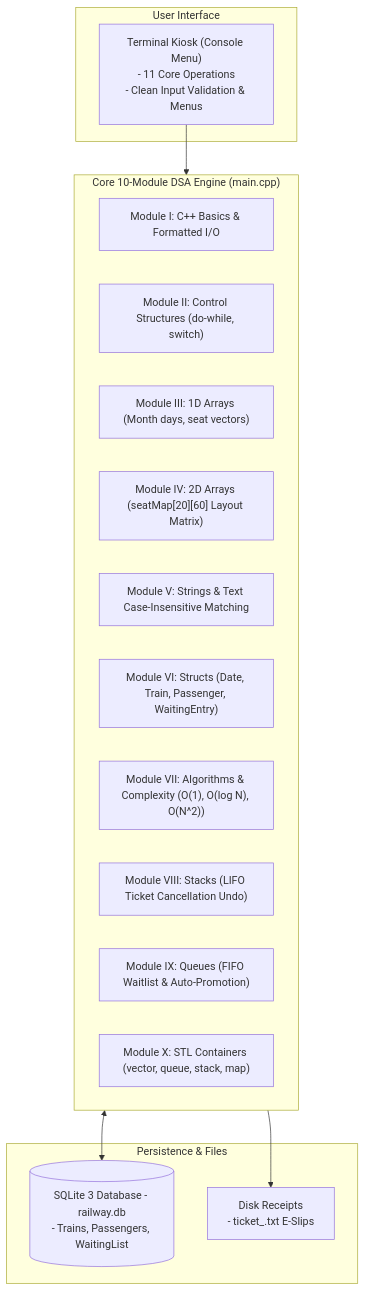
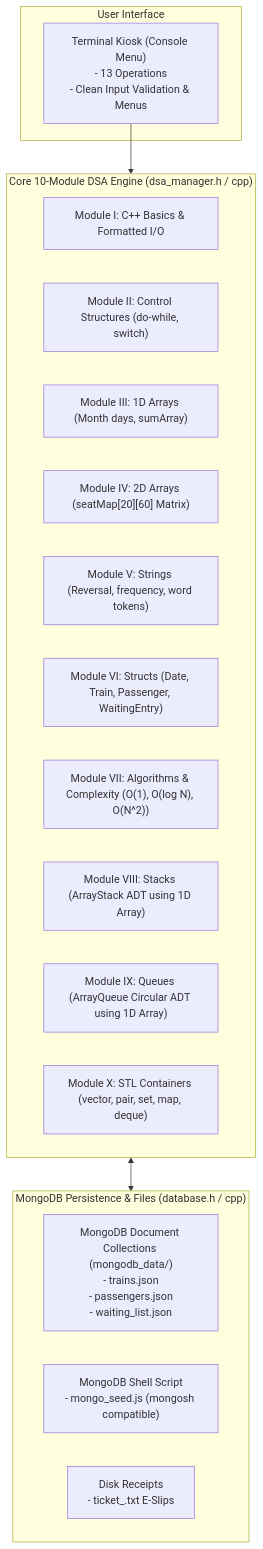
Before and after one commit to bharathwajverse/railway-ticket-reservation-cpp: the diagram in README.md, drawn with Mermaid. The commit also changed other lines of this file and 1 other file, not shown here.

Commit message:
docs: update documentation and changelog for MongoDB NoSQL v2.3.0 release

````diff
--- a/README.md
+++ b/README.md
@@ -42,28 +42,28 @@
 ```mermaid
 flowchart TD
     subgraph UI["User Interface"]
-        CLI["Terminal Kiosk (Console Menu)<br/>- 11 Core Operations<br/>- Clean Input Validation & Menus"]
+        CLI["Terminal Kiosk (Console Menu)<br/>- 13 Operations<br/>- Clean Input Validation & Menus"]
     end
 
-    subgraph Core["Core 10-Module DSA Engine (main.cpp)"]
+    subgraph Core["Core 10-Module DSA Engine (dsa_manager.h / cpp)"]
         M1["Module I: C++ Basics & Formatted I/O"]
         M2["Module II: Control Structures (do-while, switch)"]
-        M3["Module III: 1D Arrays (Month days, seat vectors)"]
-        M4["Module IV: 2D Arrays (seatMap[20][60] Layout Matrix)"]
-        M5["Module V: Strings & Text Case-Insensitive Matching"]
+        M3["Module III: 1D Arrays (Month days, sumArray)"]
+        M4["Module IV: 2D Arrays (seatMap[20][60] Matrix)"]
+        M5["Module V: Strings (Reversal, frequency, word tokens)"]
         M6["Module VI: Structs (Date, Train, Passenger, WaitingEntry)"]
         M7["Module VII: Algorithms & Complexity (O(1), O(log N), O(N^2))"]
-        M8["Module VIII: Stacks (LIFO Ticket Cancellation Undo)"]
-        M9["Module IX: Queues (FIFO Waitlist & Auto-Promotion)"]
-        M10["Module X: STL Containers (vector, queue, stack, map)"]
+        M8["Module VIII: Stacks (ArrayStack ADT using 1D Array)"]
+        M9["Module IX: Queues (ArrayQueue Circular ADT using 1D Array)"]
+        M10["Module X: STL Containers (vector, pair, set, map, deque)"]
     end
 
-    subgraph Storage["Persistence & Files"]
-        DB[(SQLite 3 Database - railway.db<br/>- Trains, Passengers, WaitingList)]
+    subgraph Storage["MongoDB Persistence & Files (database.h / cpp)"]
+        MongoDocs["MongoDB Document Collections (mongodb_data/)<br/>- trains.json<br/>- passengers.json<br/>- waiting_list.json"]
+        MongoScript["MongoDB Shell Script<br/>- mongo_seed.js (mongosh compatible)"]
         Receipts["Disk Receipts<br/>- ticket_<PNR>.txt E-Slips"]
     end
 
     CLI --> Core
-    Core <--> DB
-    Core --> Receipts
+    Core <--> Storage
 ```
````
